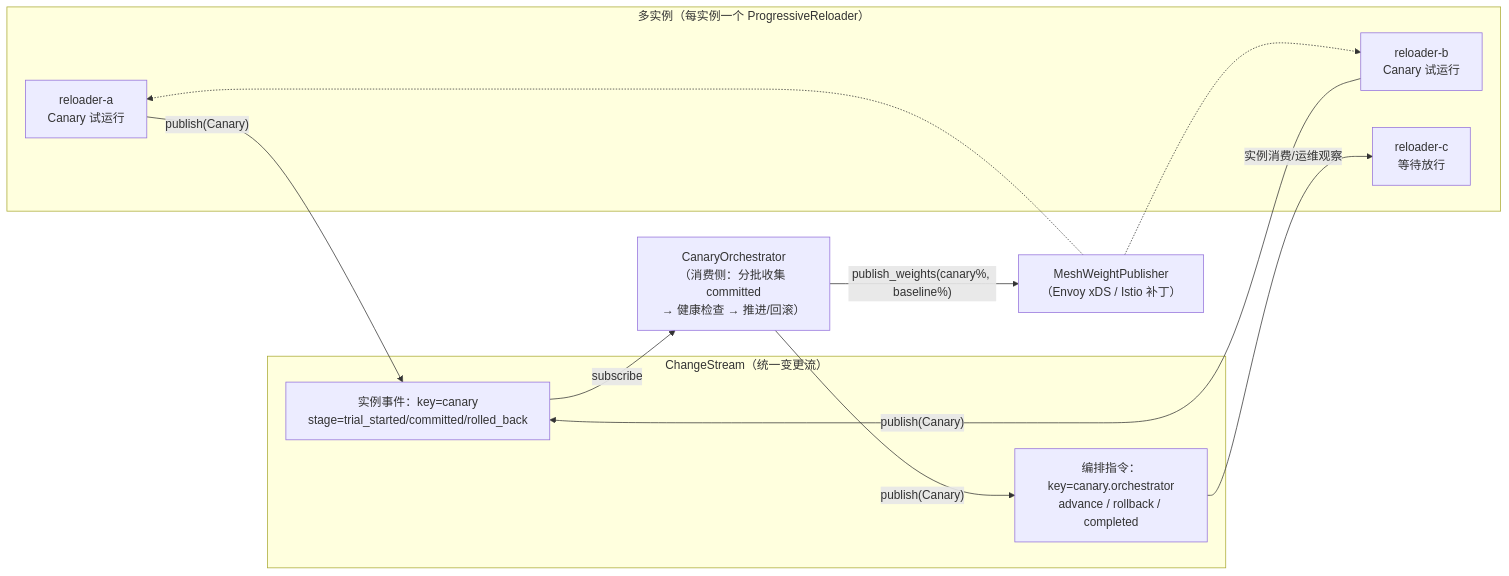
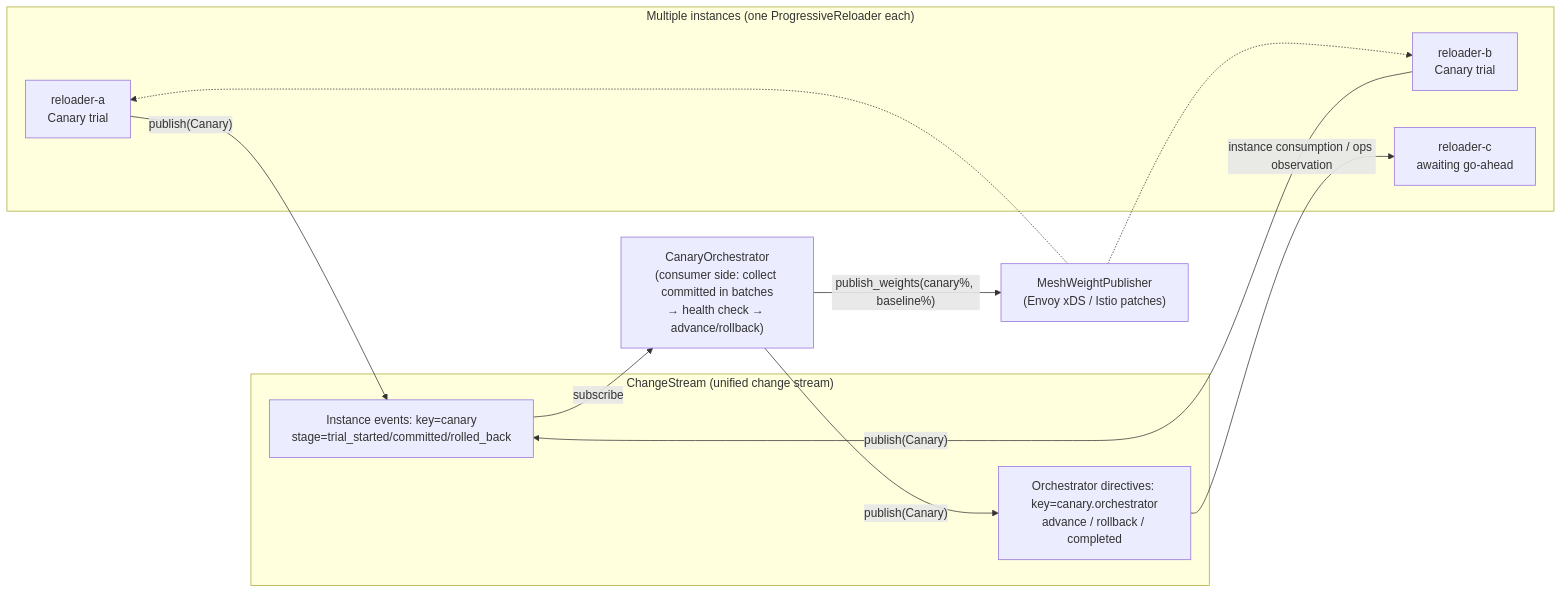
The diagram in docs/en/CANARY_ORCHESTRATION.md (Kirky-X/confers), drawn with Mermaid before and after one commit. The commit also changed other lines of this file and 16 other files, not shown here.

````diff
--- a/docs/en/CANARY_ORCHESTRATION.md
+++ b/docs/en/CANARY_ORCHESTRATION.md
@@ -9,23 +9,23 @@
 ```mermaid
 flowchart LR
-    subgraph Instances["多实例（每实例一个 ProgressiveReloader）"]
-        R1["reloader-a\nCanary 试运行"]
-        R2["reloader-b\nCanary 试运行"]
-        R3["reloader-c\n等待放行"]
+    subgraph Instances["Multiple instances (one ProgressiveReloader each)"]
+        R1["reloader-a\nCanary trial"]
+        R2["reloader-b\nCanary trial"]
+        R3["reloader-c\nawaiting go-ahead"]
     end
-    subgraph Stream["ChangeStream（统一变更流）"]
-        E1["实例事件：key=canary\nstage=trial_started/committed/rolled_back"]
-        E2["编排指令：key=canary.orchestrator\nadvance / rollback / completed"]
+    subgraph Stream["ChangeStream (unified change stream)"]
+        E1["Instance events: key=canary\nstage=trial_started/committed/rolled_back"]
+        E2["Orchestrator directives: key=canary.orchestrator\nadvance / rollback / completed"]
     end
-    O["CanaryOrchestrator\n（消费侧：分批收集 committed\n→ 健康检查 → 推进/回滚）"]
-    M["MeshWeightPublisher\n（Envoy xDS / Istio 补丁）"]
+    O["CanaryOrchestrator\n(consumer side: collect committed in batches\n→ health check → advance/rollback)"]
+    M["MeshWeightPublisher\n(Envoy xDS / Istio patches)"]
 
     R1 -- "publish(Canary)" --> E1
     R2 -- "publish(Canary)" --> E1
     E1 -- "subscribe" --> O
     O -- "publish(Canary)" --> E2
-    E2 -- "实例消费/运维观察" --> R3
+    E2 -- "instance consumption / ops observation" --> R3
     O -- "publish_weights(canary%, baseline%)" --> M
     M -.-> R1
     M -.-> R2
 ```
````
